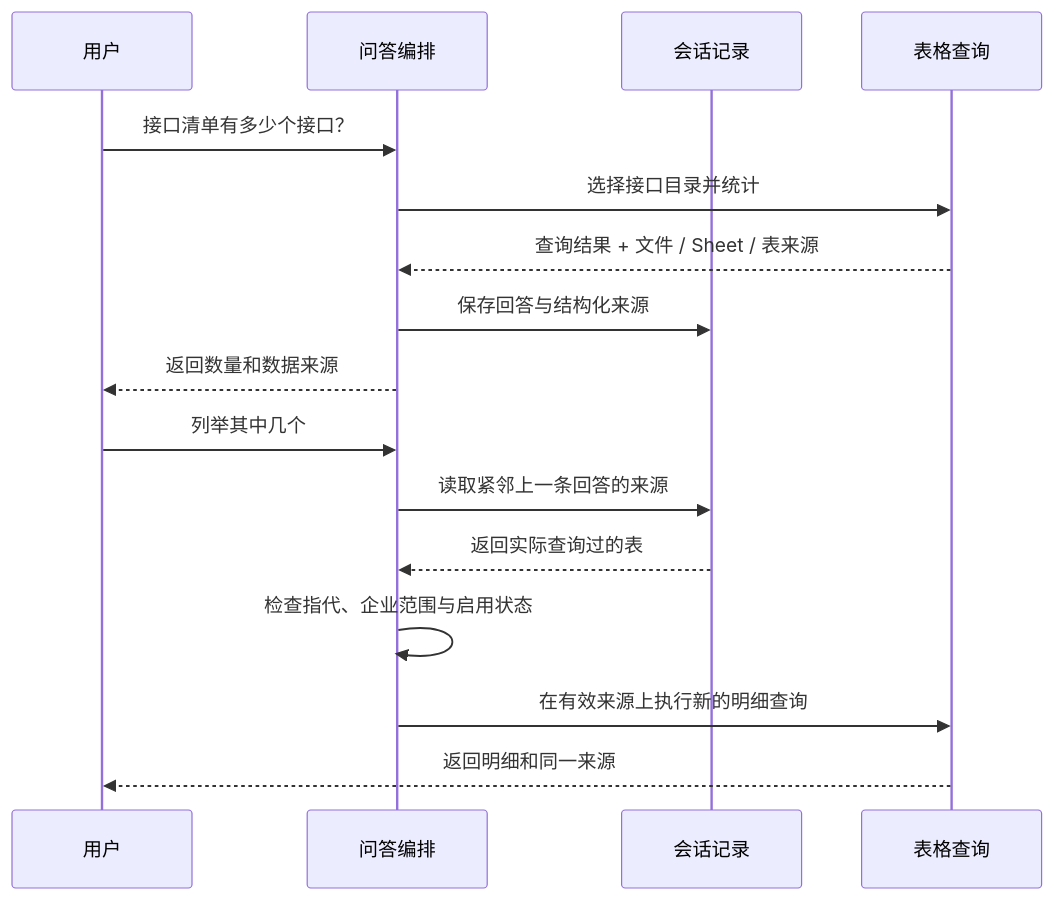
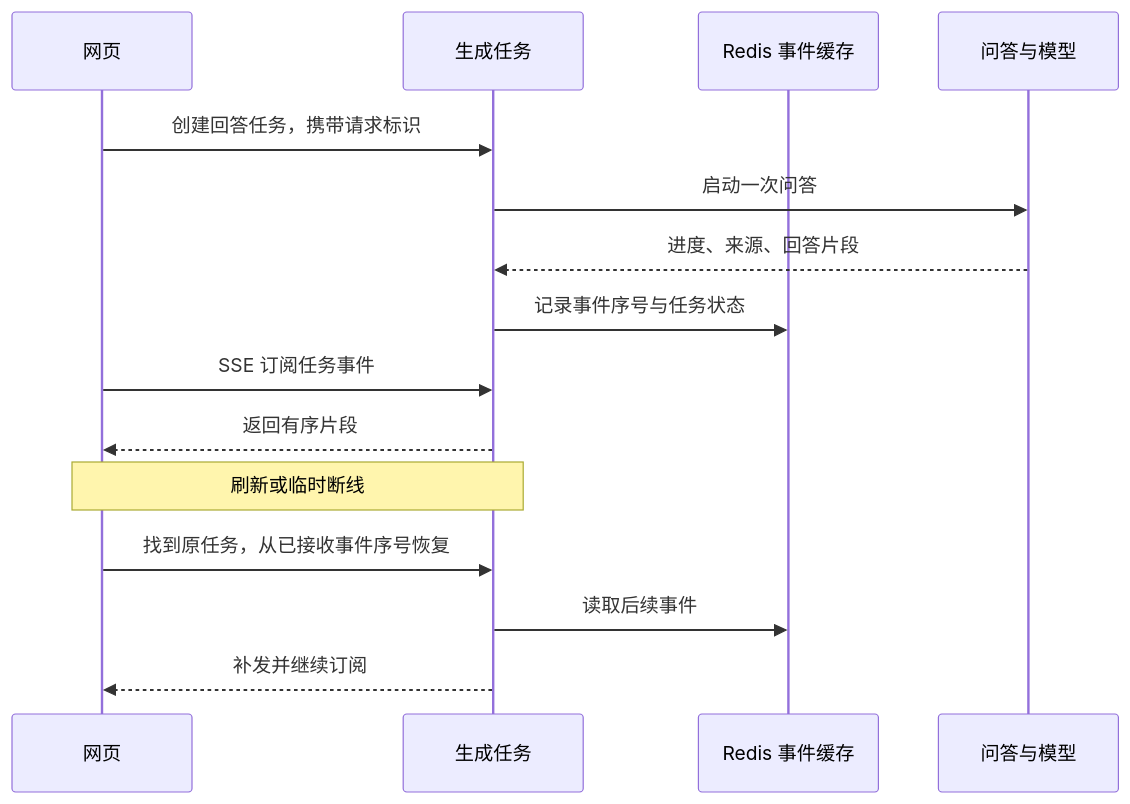
The seventh of 7 diagrams in README.md (Yancyxiao/MES-MOM), drawn with Mermaid before and after one commit. The commit also changed other lines of this file and 6 other files, not shown here.

Commit message:
Refresh project showcase with current architecture and FAQ workflows

````diff
--- a/README.md
+++ b/README.md
@@ -251,18 +338,17 @@
 ```mermaid
 sequenceDiagram
-    participant U as 用户
-    participant C as 问答编排
-    participant H as 会话记录
-    participant T as 表格查询
-    U->>C: 接口清单有多少个接口？
-    C->>T: 选择接口目录并统计
-    T-->>C: 查询结果 + 文件 / Sheet / 表来源
-    C->>H: 保存回答与结构化来源
-    C-->>U: 返回数量和数据来源
-    U->>C: 列举其中几个
-    C->>H: 读取紧邻上一条回答的来源
-    H-->>C: 返回实际查询过的表
-    C->>C: 检查指代、企业范围与启用状态
-    C->>T: 在有效来源上执行新的明细查询
-    T-->>U: 返回明细和同一来源
+    participant U as 网页
+    participant T as 生成任务
+    participant R as Redis 事件缓存
+    participant M as 问答与模型
+    U->>T: 创建回答任务，携带请求标识
+    T->>M: 启动一次问答
+    M-->>T: 进度、来源、回答片段
+    T->>R: 记录事件序号与任务状态
+    U->>T: SSE 订阅任务事件
+    T-->>U: 返回有序片段
+    Note over U,T: 刷新或临时断线
+    U->>T: 找到原任务，从已接收事件序号恢复
+    T->>R: 读取后续事件
+    T-->>U: 补发并继续订阅
 ```
````
